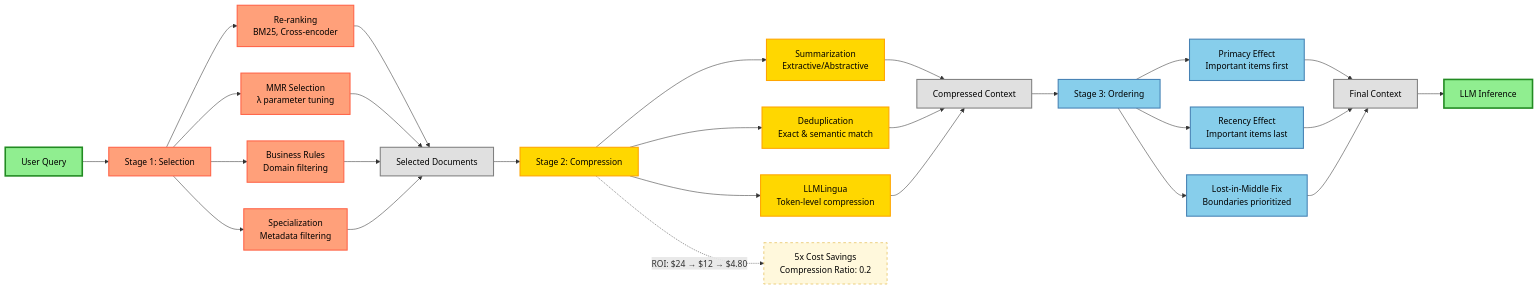
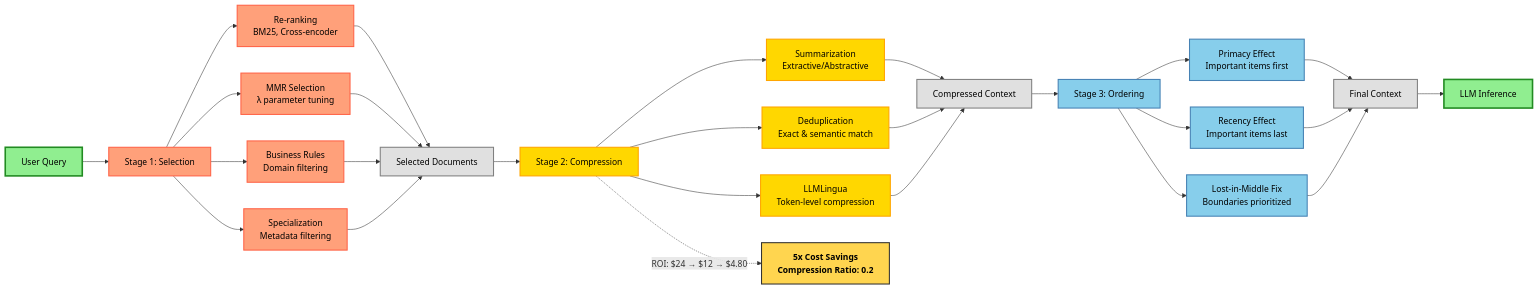
One commit to rajnishkhatri/agentic-systems-misc changed the diagram in lesson-14/section-e-memory-systems/diagrams/context_engineering_workflow.mmd. Above: the diagram before and after it, drawn with Mermaid. The commit also changed 77 other files, not shown here.

```diff
--- a/lesson-14/section-e-memory-systems/diagrams/context_engineering_workflow.mmd
+++ b/lesson-14/section-e-memory-systems/diagrams/context_engineering_workflow.mmd
@@ -1,55 +1,55 @@
 graph LR
     Query[User Query] --> Stage1[Stage 1: Selection]
 
     %% Selection stage
     Stage1 --> Rerank[Re-ranking<br/>BM25, Cross-encoder]
     Stage1 --> MMR[MMR Selection<br/>λ parameter tuning]
     Stage1 --> BusinessRules[Business Rules<br/>Domain filtering]
     Stage1 --> Specialization[Specialization<br/>Metadata filtering]
 
     Rerank --> Selected[Selected Documents]
     MMR --> Selected
     BusinessRules --> Selected
     Specialization --> Selected
 
     Selected --> Stage2[Stage 2: Compression]
 
     %% Compression stage
     Stage2 --> Summarization[Summarization<br/>Extractive/Abstractive]
     Stage2 --> Dedup[Deduplication<br/>Exact & semantic match]
     Stage2 --> LLMLingua[LLMLingua<br/>Token-level compression]
 
     Summarization --> Compressed[Compressed Context]
     Dedup --> Compressed
     LLMLingua --> Compressed
 
     Compressed --> Stage3[Stage 3: Ordering]
 
     %% Ordering stage
     Stage3 --> Primacy[Primacy Effect<br/>Important items first]
     Stage3 --> Recency[Recency Effect<br/>Important items last]
     Stage3 --> LostMiddle[Lost-in-Middle Fix<br/>Boundaries prioritized]
 
     Primacy --> Final[Final Context]
     Recency --> Final
     LostMiddle --> Final
 
     Final --> LLM[LLM Inference]
 
     %% ROI metrics annotation
     Stage2 -.->|ROI: $24 → $12 → $4.80| ROINote[5x Cost Savings<br/>Compression Ratio: 0.2]
 
     %% Styling
     classDef selection fill:#FFA07A,stroke:#FF6347,stroke-width:2px,color:#000
     classDef compression fill:#FFD700,stroke:#FFA500,stroke-width:2px,color:#000
     classDef ordering fill:#87CEEB,stroke:#4682B4,stroke-width:2px,color:#000
     classDef intermediate fill:#E0E0E0,stroke:#808080,stroke-width:2px,color:#000
     classDef endpoint fill:#90EE90,stroke:#228B22,stroke-width:3px,color:#000
-    classDef annotation fill:#FFF8DC,stroke:#DAA520,stroke-width:1px,color:#000,stroke-dasharray: 5 5
+    classDef annotation fill:#FFD54F,stroke:#333,stroke-width:2px,color:#000,font-weight:bold
 
     class Query,LLM endpoint
     class Stage1,Rerank,MMR,BusinessRules,Specialization selection
     class Stage2,Summarization,Dedup,LLMLingua compression
     class Stage3,Primacy,Recency,LostMiddle ordering
     class Selected,Compressed,Final intermediate
     class ROINote annotation
```
